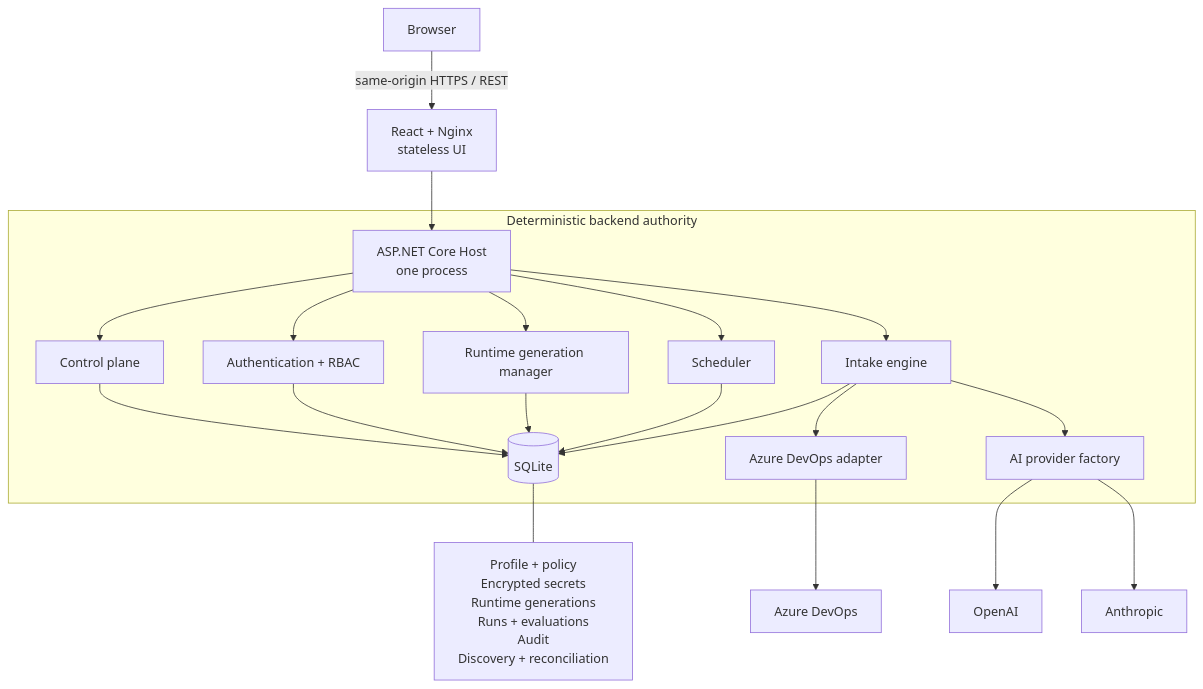
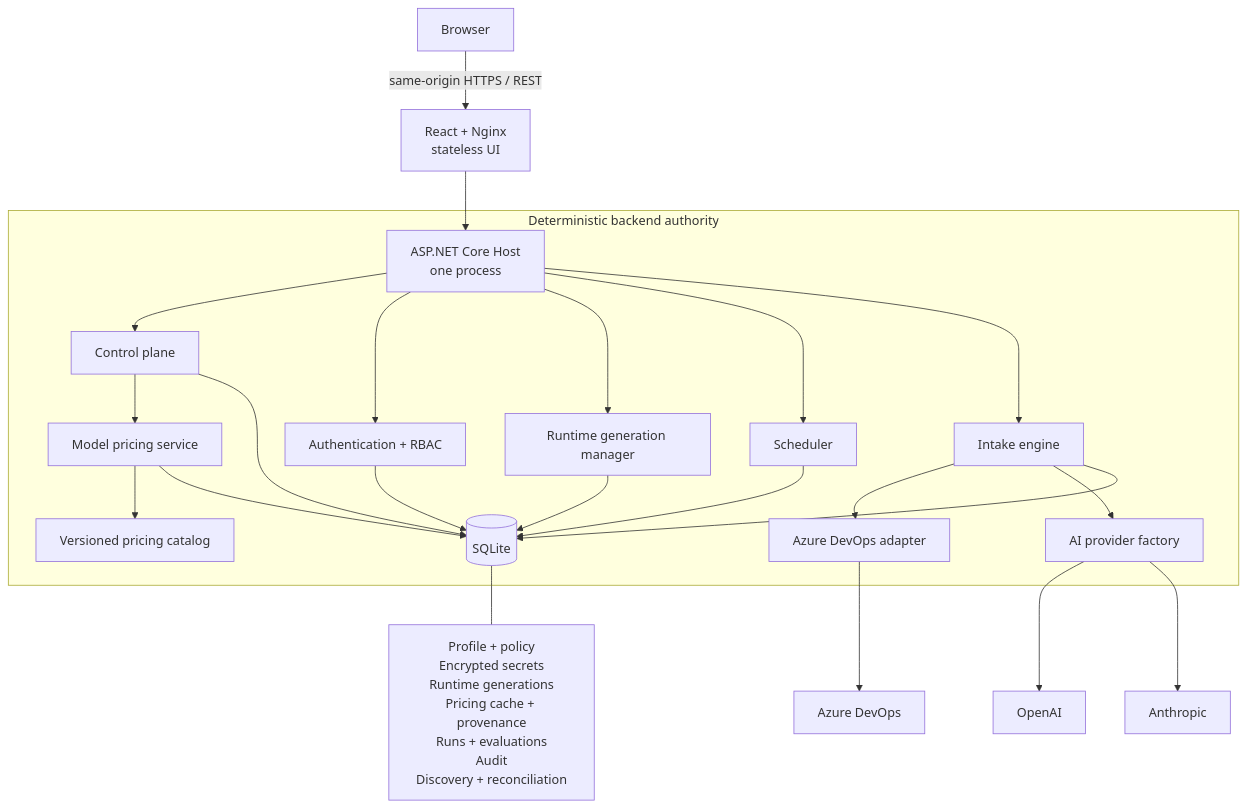
The diagram in README.md (pbushan/engineering-intake-gate), drawn with Mermaid before and after one commit. The commit also changed other lines of this file and 26 other files, not shown here.

Commit message:
feat: add AI model pricing discovery

````diff
--- a/README.md
+++ b/README.md
@@ -79,26 +79,29 @@
 ```mermaid
 flowchart TB
     Browser[Browser] -->|same-origin HTTPS / REST| UI[React + Nginx\nstateless UI]
     UI --> Host[ASP.NET Core Host\none process]
 
     subgraph Backend[Deterministic backend authority]
       Host --> CP[Control plane]
       Host --> Auth[Authentication + RBAC]
       Host --> Runtime[Runtime generation manager]
       Host --> Scheduler[Scheduler]
       Host --> Engine[Intake engine]
       Engine --> ADO[Azure DevOps adapter]
       Engine --> AI[AI provider factory]
-      CP --> DB[(SQLite)]
+      CP --> Pricing[Model pricing service]
+      Pricing --> Catalog[Versioned pricing catalog]
+      Pricing --> DB[(SQLite)]
+      CP --> DB
       Auth --> DB
       Runtime --> DB
       Scheduler --> DB
       Engine --> DB
     end
 
     ADO --> Azure[Azure DevOps]
     AI --> OpenAI[OpenAI]
     AI --> Anthropic[Anthropic]
 
-    DB --- Data[Profile + policy\nEncrypted secrets\nRuntime generations\nRuns + evaluations\nAudit\nDiscovery + reconciliation]
+    DB --- Data[Profile + policy\nEncrypted secrets\nRuntime generations\nPricing cache + provenance\nRuns + evaluations\nAudit\nDiscovery + reconciliation]
 ```
````
